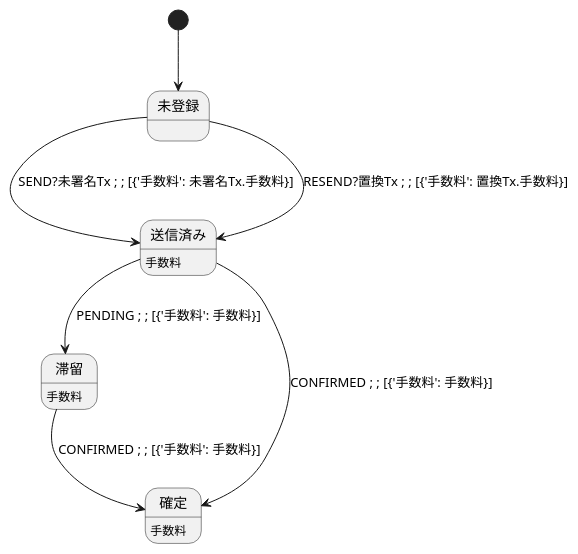
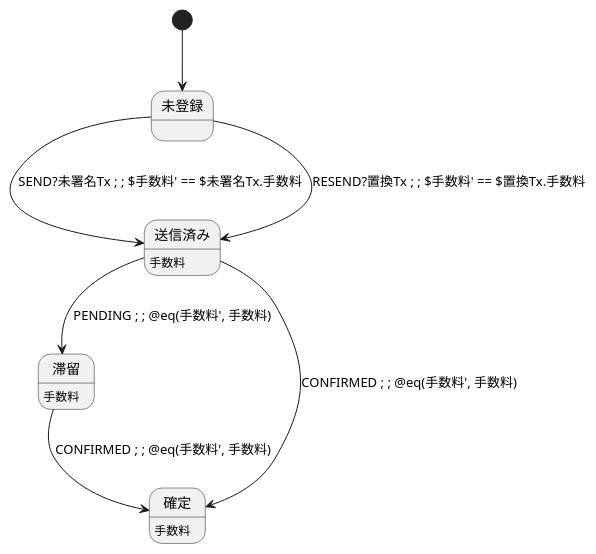
Before and after one commit to Kuniwak/puml-parallel: the diagram in examples/bmc/attempts/local/ATTEMPT.puml, drawn with PlantUML. The commit also changed 55 other files, not shown here.

First line of the commit message:
Behavioral: Walk a diagram whose clauses are formulas

```diff
--- a/examples/bmc/attempts/local/ATTEMPT.puml
+++ b/examples/bmc/attempts/local/ATTEMPT.puml
@@ -1,19 +1,19 @@
 @startuml ATTEMPT
-' One transaction attempt, its clauses written in Python. A local clause reads
+' One transaction attempt, its atoms written in Python. A local clause reads
 ' the event's fields and the instance's own variables, and a local post gives
 ' the instance's variables after the step.
 state "未登録" as attNone
 state "送信済み" as attSent
 attSent : 手数料
 state "滞留" as attStuck
 attStuck : 手数料
 state "確定" as attConfirmed
 attConfirmed : 手数料
 
 [*] --> attNone
-attNone --> attSent : SEND?未署名Tx ; ; [{'手数料': 未署名Tx.手数料}]
-attNone --> attSent : RESEND?置換Tx ; ; [{'手数料': 置換Tx.手数料}]
-attSent --> attStuck : PENDING ; ; [{'手数料': 手数料}]
-attSent --> attConfirmed : CONFIRMED ; ; [{'手数料': 手数料}]
-attStuck --> attConfirmed : CONFIRMED ; ; [{'手数料': 手数料}]
+attNone --> attSent : SEND?未署名Tx ; ; $手数料' == $未署名Tx.手数料
+attNone --> attSent : RESEND?置換Tx ; ; $手数料' == $置換Tx.手数料
+attSent --> attStuck : PENDING ; ; @eq(手数料', 手数料)
+attSent --> attConfirmed : CONFIRMED ; ; @eq(手数料', 手数料)
+attStuck --> attConfirmed : CONFIRMED ; ; @eq(手数料', 手数料)
 @enduml
```
